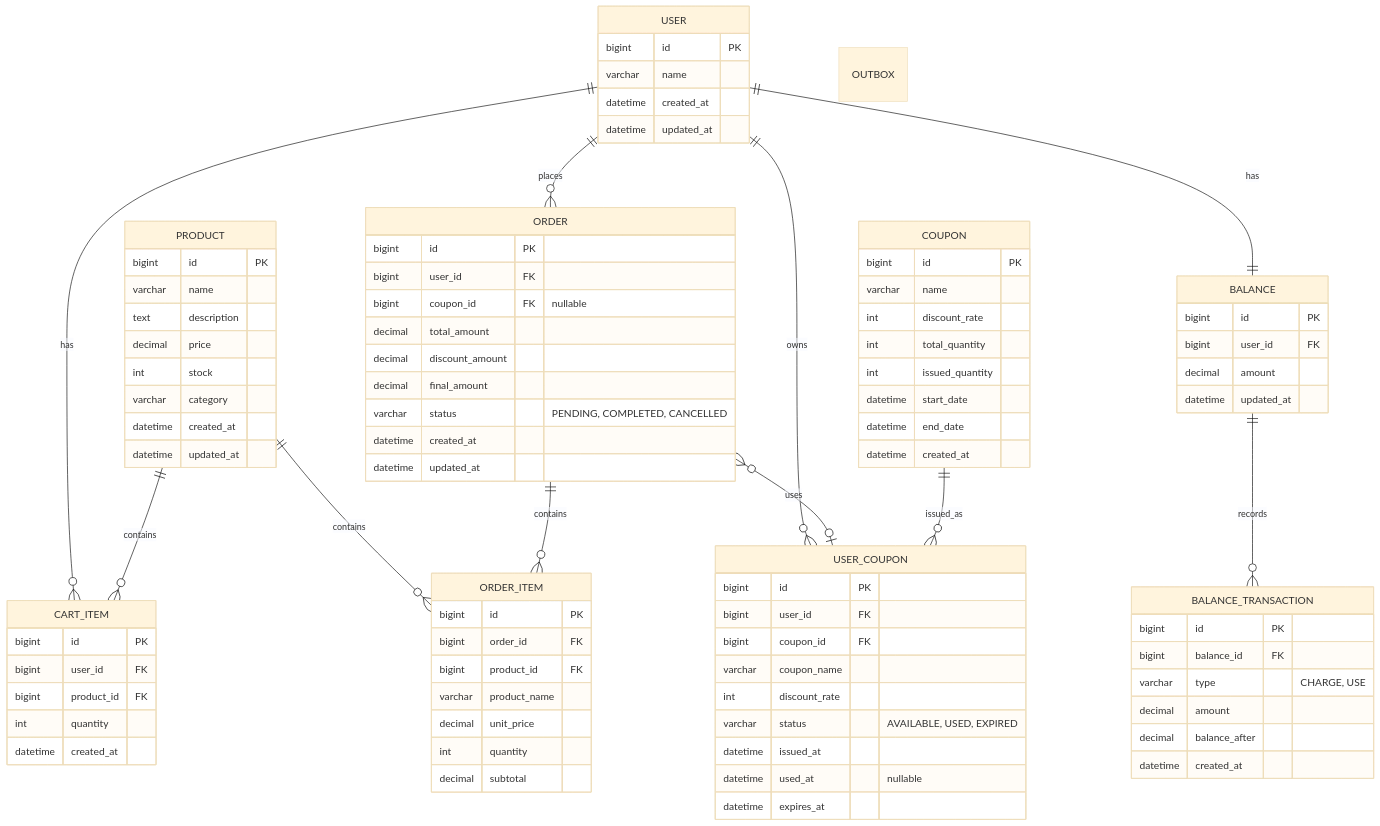
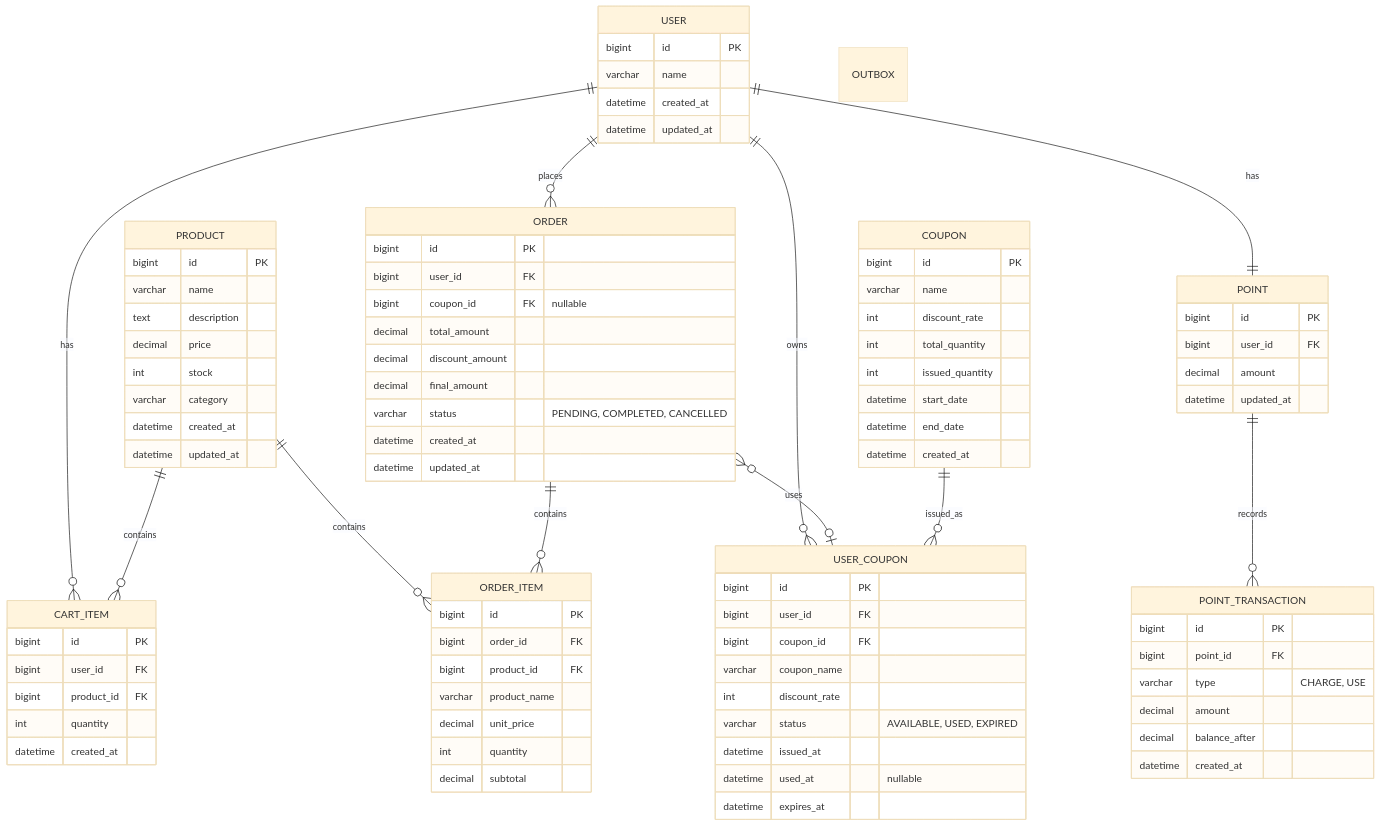
Before and after one commit to ji-0o0o0o0/hhplus_e-commerce: the diagram in docs/data-models.md, drawn with Mermaid (base theme). The commit also changed 26 other files, not shown here.

```diff
--- a/docs/data-models.md
+++ b/docs/data-models.md
@@ -6,7 +6,7 @@
 erDiagram
     USER ||--o{ CART_ITEM : has
     USER ||--o{ ORDER : places
-    USER ||--|| BALANCE : has
+    USER ||--|| POINT : has
     USER ||--o{ USER_COUPON : owns
     
     PRODUCT ||--o{ CART_ITEM : contains
@@ -17,7 +17,7 @@
     
     COUPON ||--o{ USER_COUPON : issued_as
     
-    BALANCE ||--o{ BALANCE_TRANSACTION : records
+    POINT ||--o{ POINT_TRANSACTION : records
     
     USER {
         bigint id PK
@@ -26,16 +26,16 @@
         datetime updated_at
     }
     
-    BALANCE {
+    POINT {
         bigint id PK
         bigint user_id FK
         decimal amount
         datetime updated_at
     }
     
-    BALANCE_TRANSACTION {
+    POINT_TRANSACTION {
         bigint id PK
-        bigint balance_id FK
+        bigint point_id FK
         varchar type "CHARGE, USE"
         decimal amount
         decimal balance_after
```
